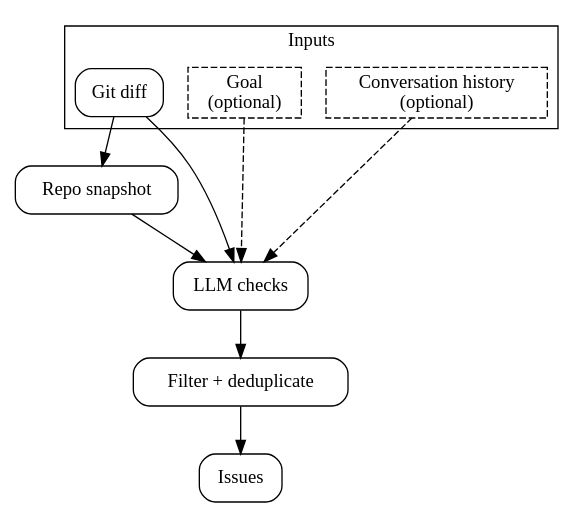
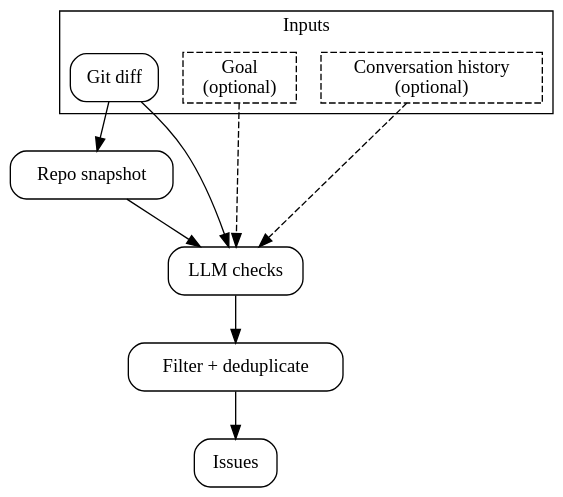
The diagram in architecture.dot (imbue-ai/vet), drawn with Graphviz before and after one commit. The commit also changed 1 other file, not shown here.

Commit message:
Update transparency for graph

```diff
--- a/architecture.dot
+++ b/architecture.dot
@@ -1,25 +1,26 @@
 digraph VET_DataFlow {
     rankdir=TB;
+    bgcolor="transparent";
     node [shape=box, style=rounded];
 
     subgraph cluster_inputs {
         label="Inputs";
         diff [label="Git diff"];
         goal [label="Goal\n(optional)", style=dashed];
         history [label="Conversation history\n(optional)", style=dashed];
     }
 
     context [label="Repo snapshot"];
     checks [label="LLM checks"];
     post [label="Filter + deduplicate"];
     issues [label="Issues"];
 
     diff -> context;
     diff -> checks;
     goal -> checks [style=dashed];
     history -> checks [style=dashed];
     context -> checks;
 
     checks -> post;
     post -> issues;
 }
```
